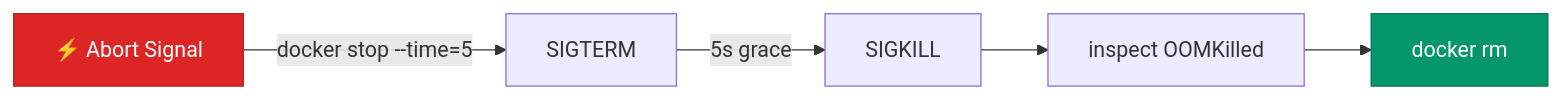
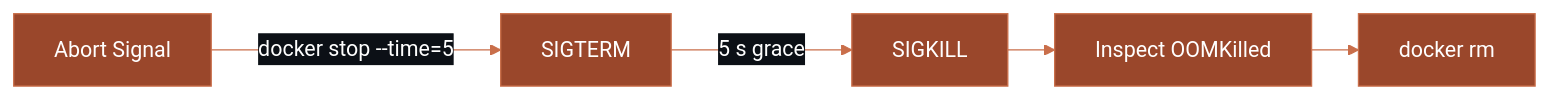
Before and after one commit to OmerFarukOruc/risoluto: the second of 3 diagrams in docs-site/concepts/runtime.mdx, drawn with Mermaid. The commit also changed other lines of this file and 24 other files, not shown here.

````diff
--- a/docs-site/concepts/runtime.mdx
+++ b/docs-site/concepts/runtime.mdx
@@ -69,10 +86,8 @@
 ```mermaid
+%%{init: {'flowchart': {'defaultRenderer': 'elk'}, 'theme': 'base', 'themeVariables': {'primaryColor': '#9a472b', 'primaryTextColor': '#fff', 'primaryBorderColor': '#c96e4a', 'lineColor': '#c96e4a', 'secondaryColor': '#0c1016', 'tertiaryColor': '#1a1f2e'}}}%%
 flowchart LR
-    A["⚡ Abort Signal"] -->|"docker stop --time=5"| B["SIGTERM"]
-    B -->|5s grace| C["SIGKILL"]
-    C --> D["inspect OOMKilled"]
+    A["Abort Signal"] -->|"docker stop --time=5"| B["SIGTERM"]
+    B -->|"5 s grace"| C["SIGKILL"]
+    C --> D["Inspect OOMKilled"]
     D --> E["docker rm"]
-
-    style A fill:#dc2626,stroke:#b91c1c,color:#fff
-    style E fill:#059669,stroke:#047857,color:#fff
 ```
````
